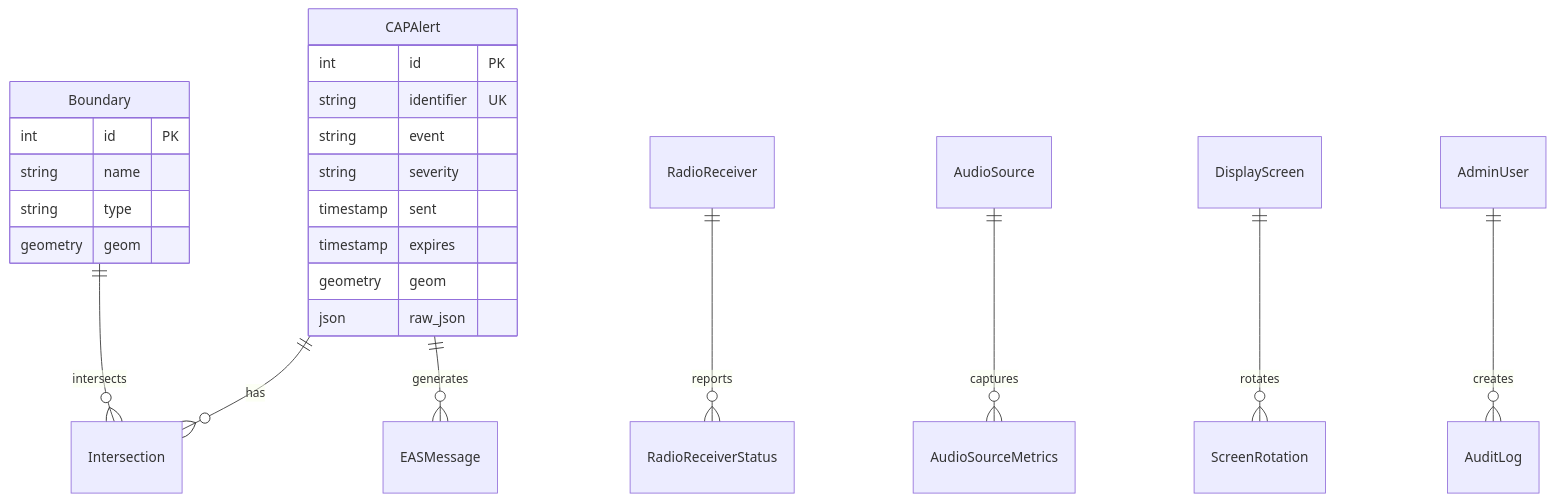
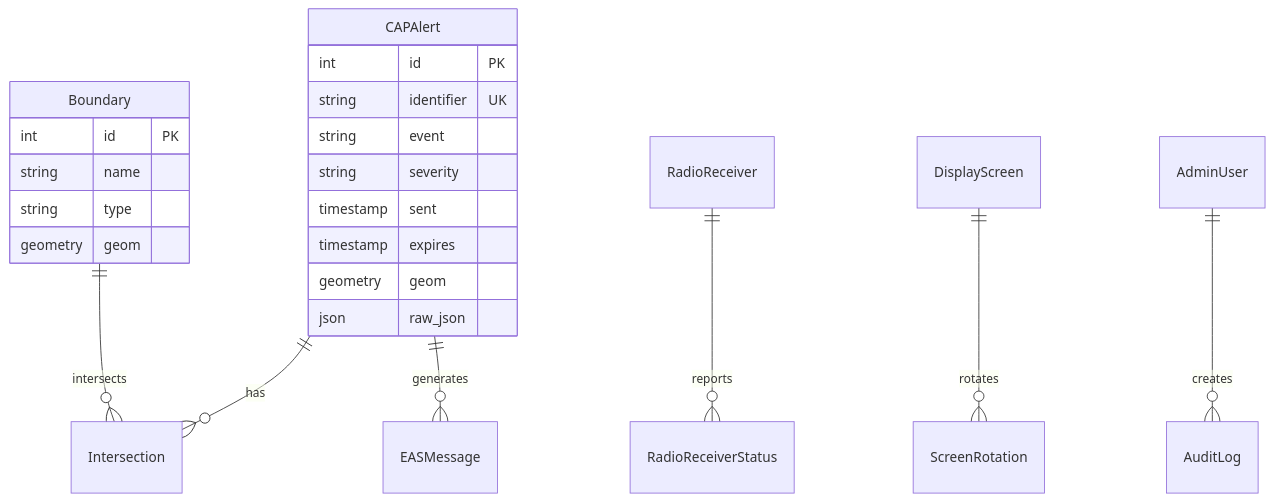
One commit to KR8MER/eas-station changed the fourth of 7 diagrams in docs/architecture/THEORY_OF_OPERATION.md. Above: the diagram before and after it, drawn with Mermaid. The commit also changed 1 other file, not shown here.

Commit message:
Remove fabricated ER-diagram relationships not backed by real foreign keys (#2647)
Auditing every Mermaid diagram in docs/ against source: two architecture
ER diagrams showed AudioSourceMetrics/AudioHealthStatus/AudioAlert linked
by declared relationships (||--||, }o--||) and a standalone "AudioSource"
entity that doesn't exist as a model. In reality these three tables are
only correlated by a shared free-text source_name column, not a foreign
key -- there is no AudioSource table and no FK between the audio-health
tables. Removed the fabricated relationship lines; every remaining edge
in both diagrams is backed by an actual db.ForeignKey in app_core/_models_*.py.

Claude-Session: https://claude.ai/code/session_01L5Y9SU9cnwRSdKckKQJobT

````diff
--- a/docs/architecture/THEORY_OF_OPERATION.md
+++ b/docs/architecture/THEORY_OF_OPERATION.md
@@ -176,28 +176,27 @@
 ```mermaid
 erDiagram
     CAPAlert ||--o{ Intersection : has
     Boundary ||--o{ Intersection : intersects
     CAPAlert ||--o{ EASMessage : generates
     RadioReceiver ||--o{ RadioReceiverStatus : reports
-    AudioSource ||--o{ AudioSourceMetrics : captures
     DisplayScreen ||--o{ ScreenRotation : rotates
     AdminUser ||--o{ AuditLog : creates
 
     CAPAlert {
         int id PK
         string identifier UK
         string event
         string severity
         timestamp sent
         timestamp expires
         geometry geom
         json raw_json
     }
 
     Boundary {
         int id PK
         string name
         string type
         geometry geom
     }
 ```
````
